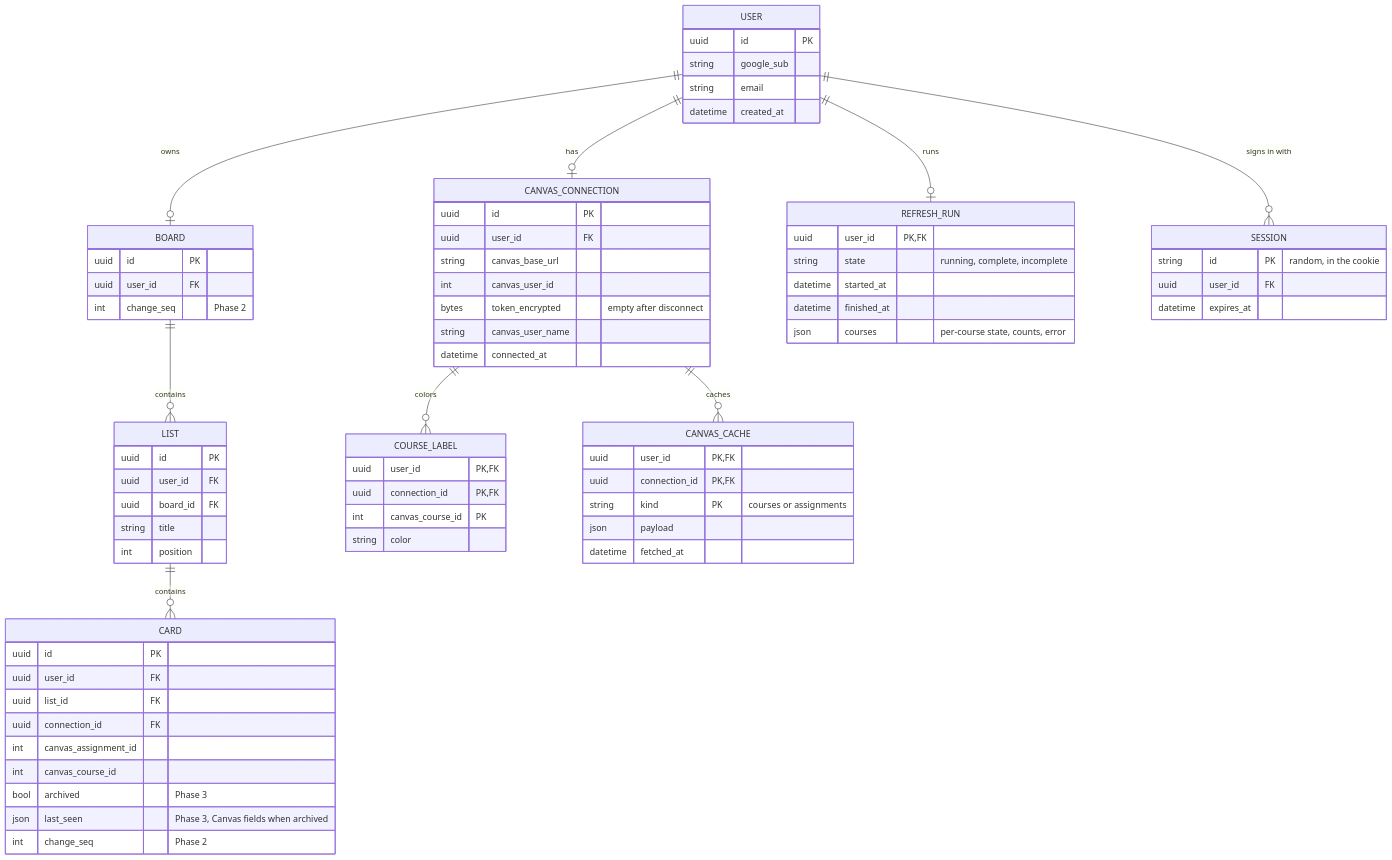
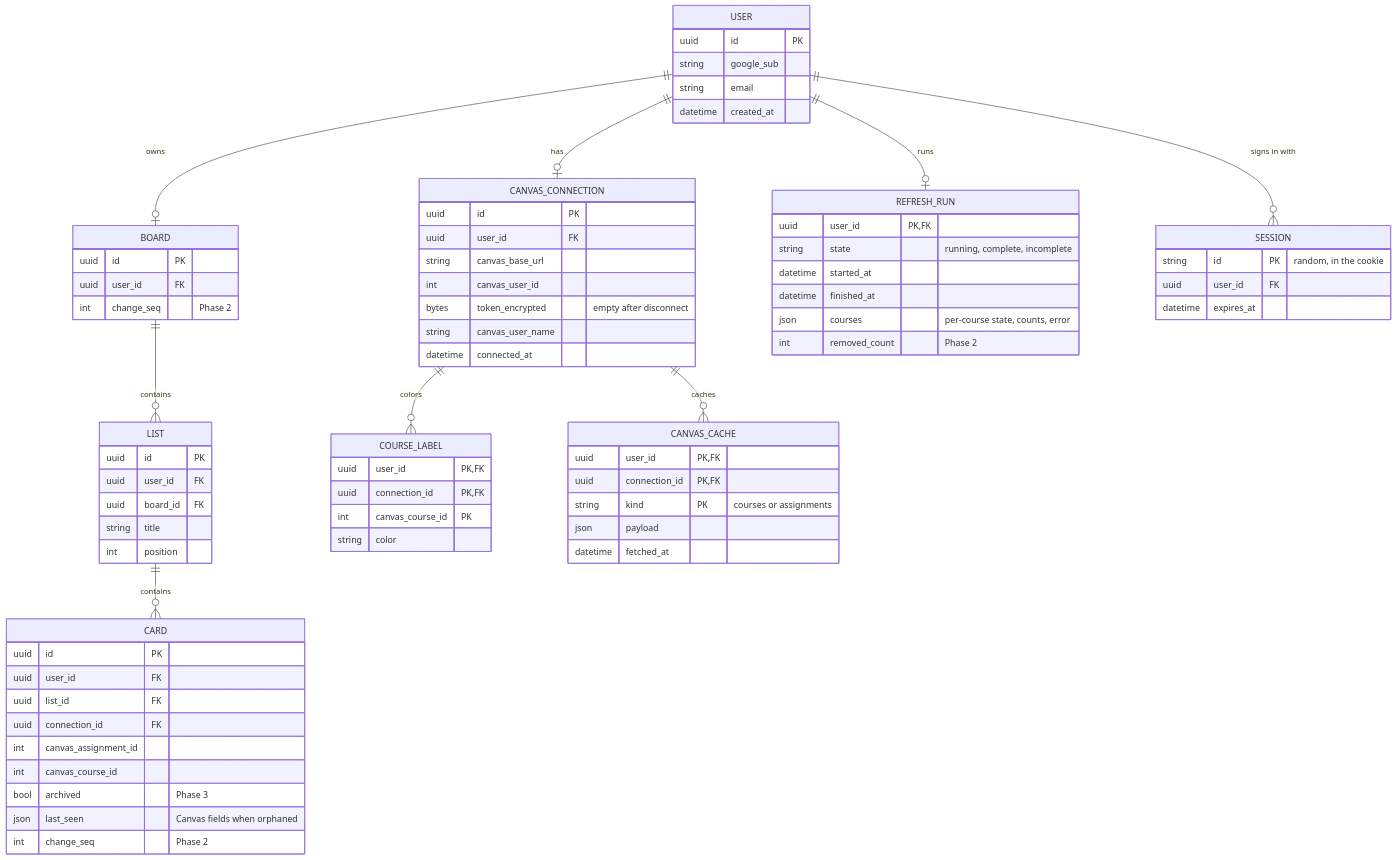
Before and after one commit to bbranton/TestProj: the second of 6 diagrams in docs/canvas-portal/03-design.md, drawn with Mermaid. The commit also changed other lines of this file, not shown here.

First line of the commit message:
Design: orphaned cards in Phase 2, snapshot kept from Phase 1

````diff
--- a/docs/canvas-portal/03-design.md
+++ b/docs/canvas-portal/03-design.md
@@ -83,75 +83,76 @@
 ```mermaid
 erDiagram
     USER ||--o| CANVAS_CONNECTION : has
     USER ||--o| BOARD : owns
     USER ||--o| REFRESH_RUN : runs
     USER ||--o{ SESSION : "signs in with"
     BOARD ||--o{ LIST : contains
     LIST ||--o{ CARD : contains
     CANVAS_CONNECTION ||--o{ COURSE_LABEL : colors
     CANVAS_CONNECTION ||--o{ CANVAS_CACHE : caches
 
     USER {
         uuid id PK
         string google_sub
         string email
         datetime created_at
     }
     SESSION {
         string id PK "random, in the cookie"
         uuid user_id FK
         datetime expires_at
     }
     CANVAS_CONNECTION {
         uuid id PK
         uuid user_id FK
         string canvas_base_url
         int canvas_user_id
         bytes token_encrypted "empty after disconnect"
         string canvas_user_name
         datetime connected_at
     }
     BOARD {
         uuid id PK
         uuid user_id FK
         int change_seq "Phase 2"
     }
     LIST {
         uuid id PK
         uuid user_id FK
         uuid board_id FK
         string title
         int position
     }
     CARD {
         uuid id PK
         uuid user_id FK
         uuid list_id FK
         uuid connection_id FK
         int canvas_assignment_id
         int canvas_course_id
         bool archived "Phase 3"
-        json last_seen "Phase 3, Canvas fields when archived"
+        json last_seen "Canvas fields when orphaned"
         int change_seq "Phase 2"
     }
     COURSE_LABEL {
         uuid user_id PK, FK
         uuid connection_id PK, FK
         int canvas_course_id PK
         string color
     }
     REFRESH_RUN {
         uuid user_id PK, FK
         string state "running, complete, incomplete"
         datetime started_at
         datetime finished_at
         json courses "per-course state, counts, error"
+        int removed_count "Phase 2"
     }
     CANVAS_CACHE {
         uuid user_id PK, FK
         uuid connection_id PK, FK
         string kind PK "courses or assignments"
         json payload
         datetime fetched_at
     }
 ```
````
